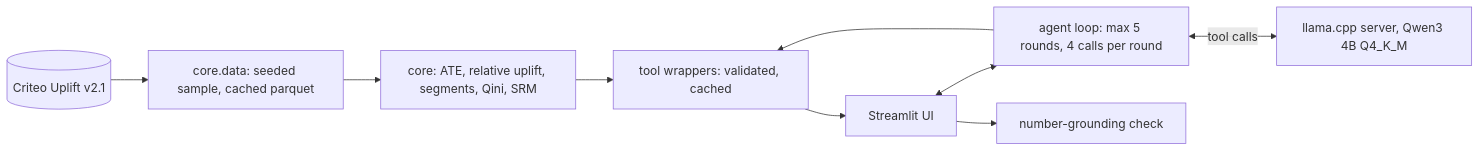
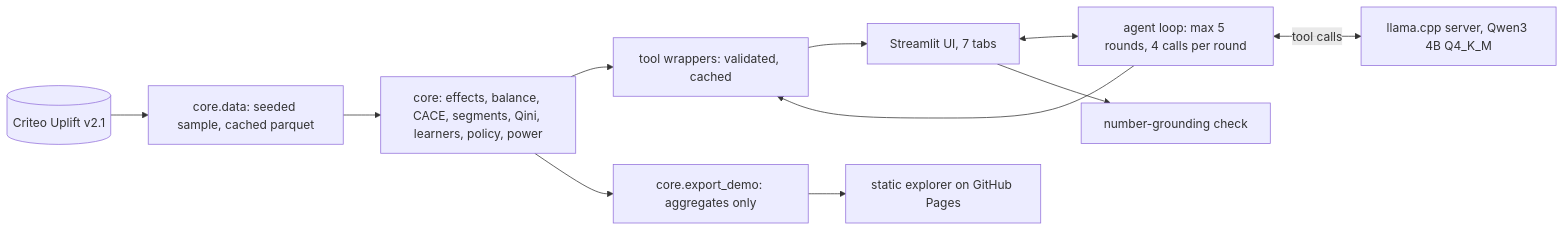
Before and after one commit to dbechrakis/uplift-analyzer: the first of 2 diagrams in README.md, drawn with Mermaid. The commit also changed other lines of this file and 8 other files, not shown here.

````diff
--- a/README.md
+++ b/README.md
@@ -40,11 +63,13 @@
 ```mermaid
 flowchart LR
     D[(Criteo Uplift v2.1)] --> L[core.data: seeded sample, cached parquet]
-    L --> C[core: ATE, relative uplift, segments, Qini, SRM]
+    L --> C[core: effects, balance, CACE, segments, Qini, learners, policy, power]
     C --> T[tool wrappers: validated, cached]
-    T --> UI[Streamlit UI]
+    T --> UI[Streamlit UI, 7 tabs]
     UI <--> A[agent loop: max 5 rounds, 4 calls per round]
     A <-->|tool calls| M[llama.cpp server, Qwen3 4B Q4_K_M]
     A --> T
     UI --> G[number-grounding check]
+    C --> X[core.export_demo: aggregates only]
+    X --> P[static explorer on GitHub Pages]
 ```
````
